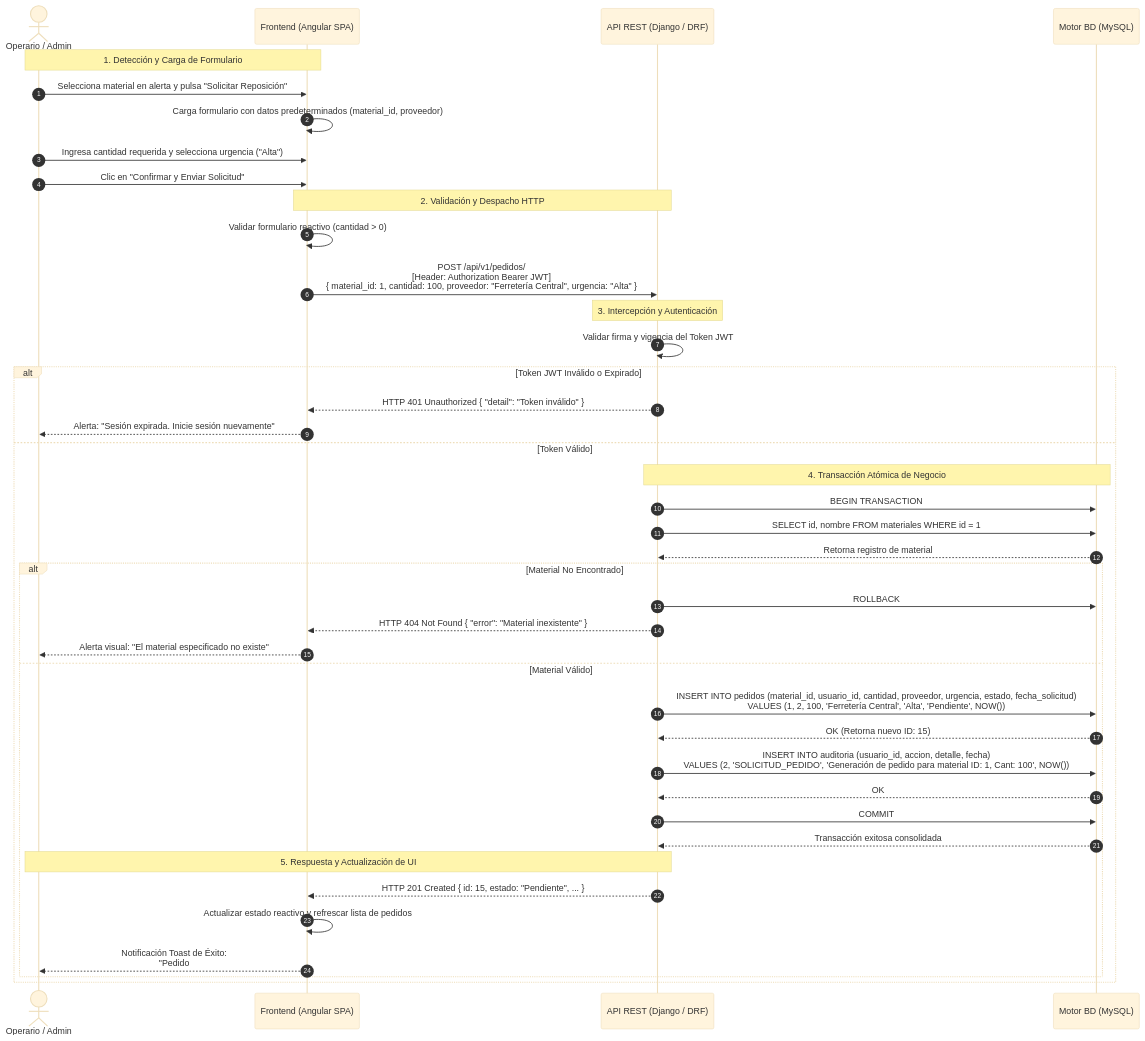
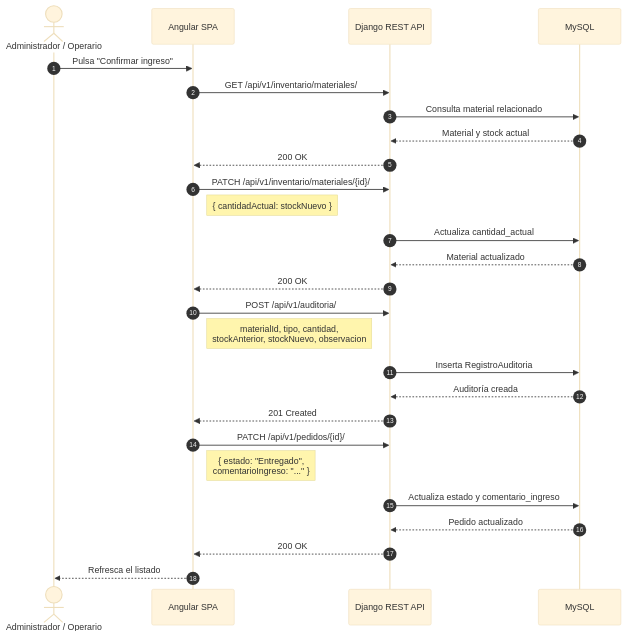
One commit to Scripters-ISPC/StockManager changed the fourth of 4 diagrams in docs/diagramas.md. Above: the diagram before and after it, drawn with Mermaid (base theme). The commit also changed other lines of this file and 2 other files, not shown here.

Commit message:
Docs: Se actualizo la documentación para que terminen de coincidir con el código fuente y casos de uso actualizados

````diff
--- a/docs/diagramas.md
+++ b/docs/diagramas.md
@@ -157,52 +199,33 @@
 ```mermaid
 sequenceDiagram
     autonumber
-    actor User as Operario / Admin
-    participant SPA as Frontend (Angular SPA)
-    participant API as API REST (Django / DRF)
-    participant DB as Motor BD (MySQL)
+    actor User as Administrador / Operario
+    participant SPA as Angular SPA
+    participant API as Django REST API
+    participant DB as MySQL
 
-    Note over User, SPA: 1. Detección y Carga de Formulario
-    User ->> SPA: Selecciona material en alerta y pulsa "Solicitar Reposición"
-    SPA ->> SPA: Carga formulario con datos predeterminados (material_id, proveedor)
-    User ->> SPA: Ingresa cantidad requerida y selecciona urgencia ("Alta")
-    User ->> SPA: Clic en "Confirmar y Enviar Solicitud"
+    User ->> SPA: Pulsa "Confirmar ingreso"
+    SPA ->> API: GET /api/v1/inventario/materiales/
+    API ->> DB: Consulta material relacionado
+    DB -->> API: Material y stock actual
+    API -->> SPA: 200 OK
 
-    Note over SPA, API: 2. Validación y Despacho HTTP
-    SPA ->> SPA: Validar formulario reactivo (cantidad > 0)
-    SPA ->> API: POST /api/v1/pedidos/<br/>[Header: Authorization Bearer JWT]<br/>{ material_id: 1, cantidad: 100, proveedor: "Ferretería Central", urgencia: "Alta" }
+    SPA ->> API: PATCH /api/v1/inventario/materiales/{id}/
+    Note right of SPA: { cantidadActual: stockNuevo }
+    API ->> DB: Actualiza cantidad_actual
+    DB -->> API: Material actualizado
+    API -->> SPA: 200 OK
 
-    Note over API: 3. Intercepción y Autenticación
-    API ->> API: Validar firma y vigencia del Token JWT
+    SPA ->> API: POST /api/v1/auditoria/
+    Note right of SPA: materialId, tipo, cantidad,<br/>stockAnterior, stockNuevo, observacion
+    API ->> DB: Inserta RegistroAuditoria
+    DB -->> API: Auditoría creada
+    API -->> SPA: 201 Created
 
-    alt Token JWT Inválido o Expirado
-        API -->> SPA: HTTP 401 Unauthorized { "detail": "Token inválido" }
-        SPA -->> User: Alerta: "Sesión expirada. Inicie sesión nuevamente"
-    else Token Válido
-        Note over API, DB: 4. Transacción Atómica de Negocio
-        API ->> DB: BEGIN TRANSACTION
-        
-        API ->> DB: SELECT id, nombre FROM materiales WHERE id = 1
-        DB -->> API: Retorna registro de material
-
-        alt Material No Encontrado
-            API ->> DB: ROLLBACK
-            API -->> SPA: HTTP 404 Not Found { "error": "Material inexistente" }
-            SPA -->> User: Alerta visual: "El material especificado no existe"
-        else Material Válido
-            API ->> DB: INSERT INTO pedidos (material_id, usuario_id, cantidad, proveedor, urgencia, estado, fecha_solicitud)<br/>VALUES (1, 2, 100, 'Ferretería Central', 'Alta', 'Pendiente', NOW())
-            DB -->> API: OK (Retorna nuevo ID: 15)
-
-            API ->> DB: INSERT INTO auditoria (usuario_id, accion, detalle, fecha)<br/>VALUES (2, 'SOLICITUD_PEDIDO', 'Generación de pedido para material ID: 1, Cant: 100', NOW())
-            DB -->> API: OK
-
-            API ->> DB: COMMIT
-            DB -->> API: Transacción exitosa consolidada
-
-            Note over API, User: 5. Respuesta y Actualización de UI
-            API -->> SPA: HTTP 201 Created { id: 15, estado: "Pendiente", ... }
-            SPA ->> SPA: Actualizar estado reactivo y refrescar lista de pedidos
-            SPA -->> User: Notificación Toast de Éxito:<br/>"Pedido #15 creado exitosamente en estado Pendiente"
-        end
-    end
+    SPA ->> API: PATCH /api/v1/pedidos/{id}/
+    Note right of SPA: { estado: "Entregado",<br/>comentarioIngreso: "..." }
+    API ->> DB: Actualiza estado y comentario_ingreso
+    DB -->> API: Pedido actualizado
+    API -->> SPA: 200 OK
+    SPA -->> User: Refresca el listado
 ```
````
